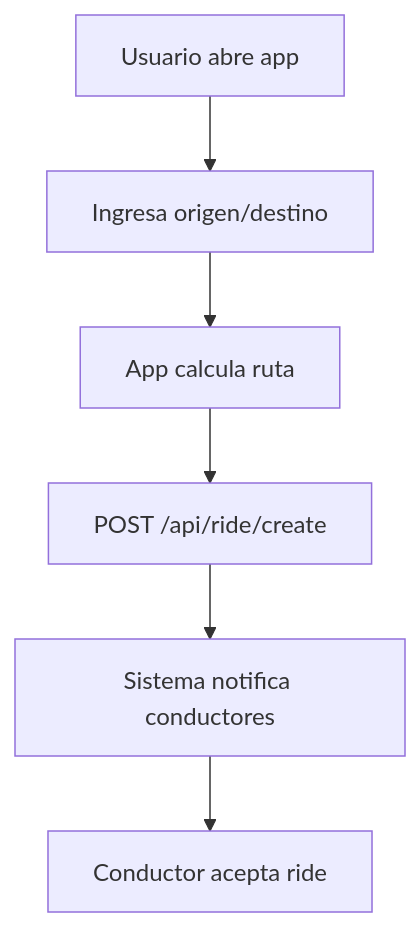
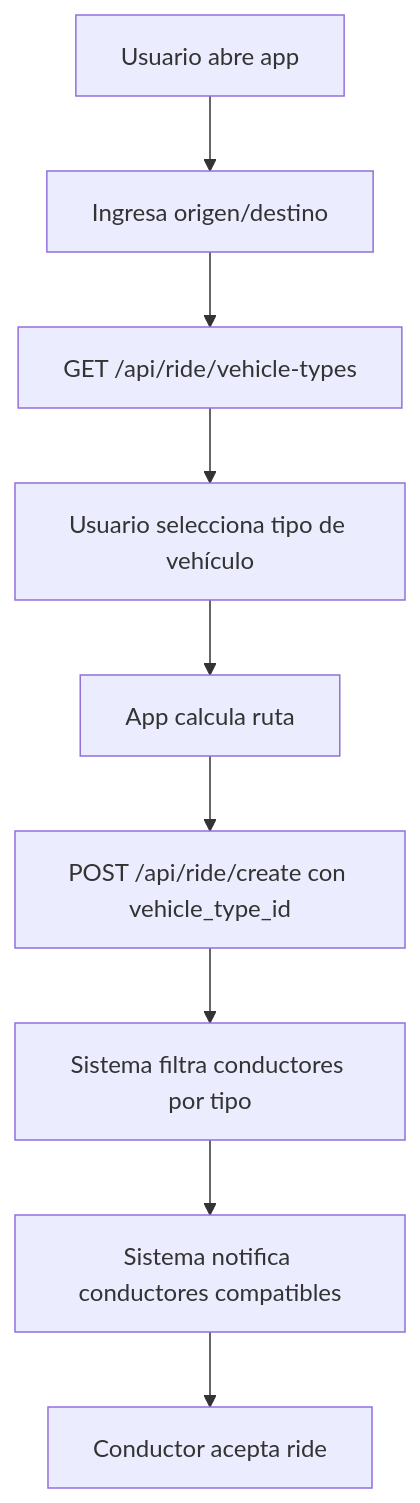
The first of 8 diagrams in docs/RIDES-MODULE-DOCUMENTATION.md (CodeSistency/uber-clone-nest), drawn with Mermaid before and after one commit. The commit also changed other lines of this file and 60 other files, not shown here.

````diff
--- a/docs/RIDES-MODULE-DOCUMENTATION.md
+++ b/docs/RIDES-MODULE-DOCUMENTATION.md
@@ -102,8 +127,11 @@
 ```mermaid
 graph TD
     A[Usuario abre app] --> B[Ingresa origen/destino]
-    B --> C[App calcula ruta]
-    C --> D[POST /api/ride/create]
-    D --> E[Sistema notifica conductores]
-    E --> F[Conductor acepta ride]
+    B --> C[GET /api/ride/vehicle-types]
+    C --> D[Usuario selecciona tipo de vehículo]
+    D --> E[App calcula ruta]
+    E --> F[POST /api/ride/create con vehicle_type_id]
+    F --> G[Sistema filtra conductores por tipo]
+    G --> H[Sistema notifica conductores compatibles]
+    H --> I[Conductor acepta ride]
 ```
````
